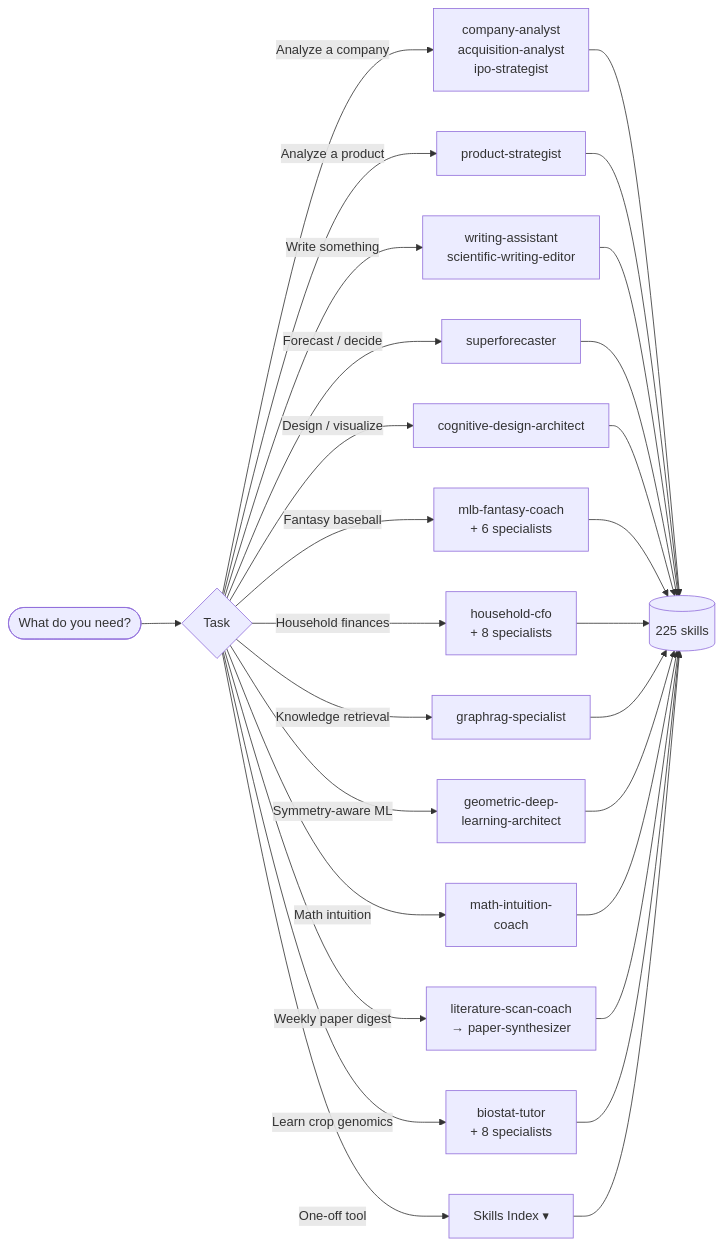
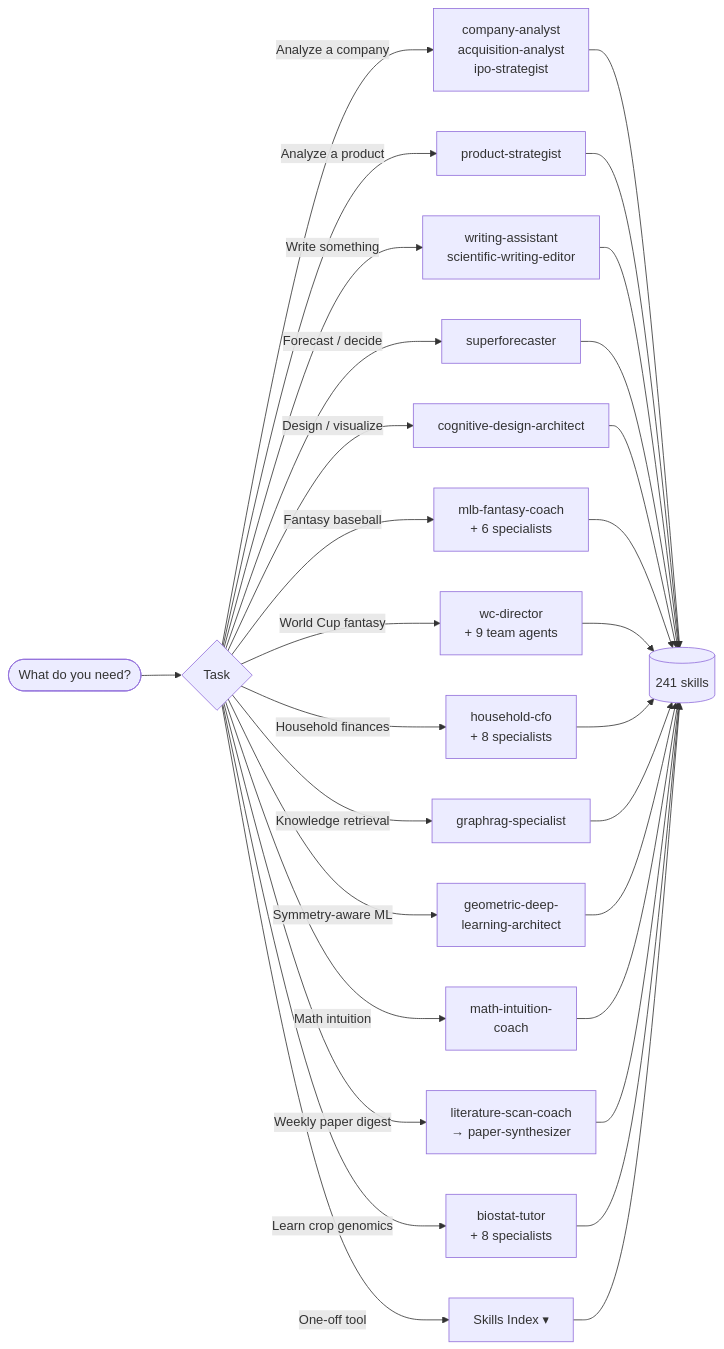
One commit to lyndonkl/claude changed the diagram in README.md. Above: the diagram before and after it, drawn with Mermaid. The commit also changed other lines of this file and 26 other files, not shown here.

First line of the commit message:
Add FIFA World Cup Fantasy evolutionary backroom (10 agents, 16 skills)

````diff
--- a/README.md
+++ b/README.md
@@ -44,19 +45,20 @@
 ```mermaid
 flowchart LR
     U([What do you need?]) --> D{Task}
     D -->|Analyze a company| CA[company-analyst<br/>acquisition-analyst<br/>ipo-strategist]
     D -->|Analyze a product| PS[product-strategist]
     D -->|Write something| WA[writing-assistant<br/>scientific-writing-editor]
     D -->|Forecast / decide| SF[superforecaster]
     D -->|Design / visualize| CD[cognitive-design-architect]
     D -->|Fantasy baseball| MLB[mlb-fantasy-coach<br/>+ 6 specialists]
+    D -->|World Cup fantasy| WC[wc-director<br/>+ 9 team agents]
     D -->|Household finances| HF[household-cfo<br/>+ 8 specialists]
     D -->|Knowledge retrieval| GR[graphrag-specialist]
     D -->|Symmetry-aware ML| GDL[geometric-deep-<br/>learning-architect]
     D -->|Math intuition| MI[math-intuition-<br/>coach]
     D -->|Weekly paper digest| LSC[literature-scan-coach<br/>→ paper-synthesizer]
     D -->|Learn crop genomics| BIO[biostat-tutor<br/>+ 8 specialists]
     D -->|One-off tool| SK[Skills Index ▾]
-    CA & PS & WA & SF & CD & MLB & HF & GR & GDL & MI & LSC & BIO --> S[(225 skills)]
+    CA & PS & WA & SF & CD & MLB & WC & HF & GR & GDL & MI & LSC & BIO --> S[(241 skills)]
     SK --> S
 ```
````
